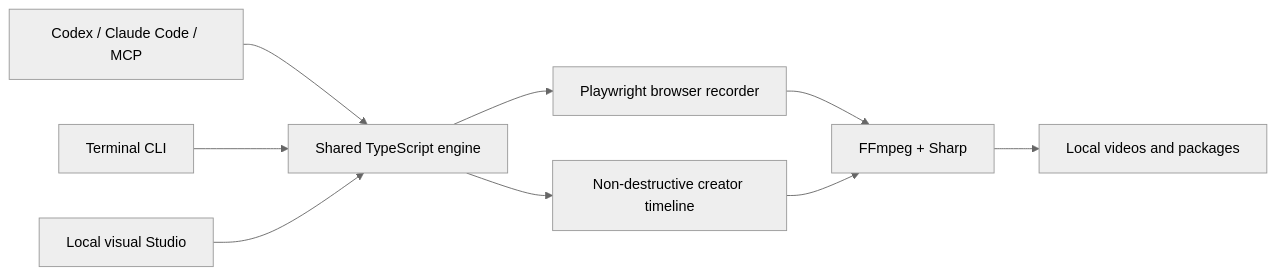
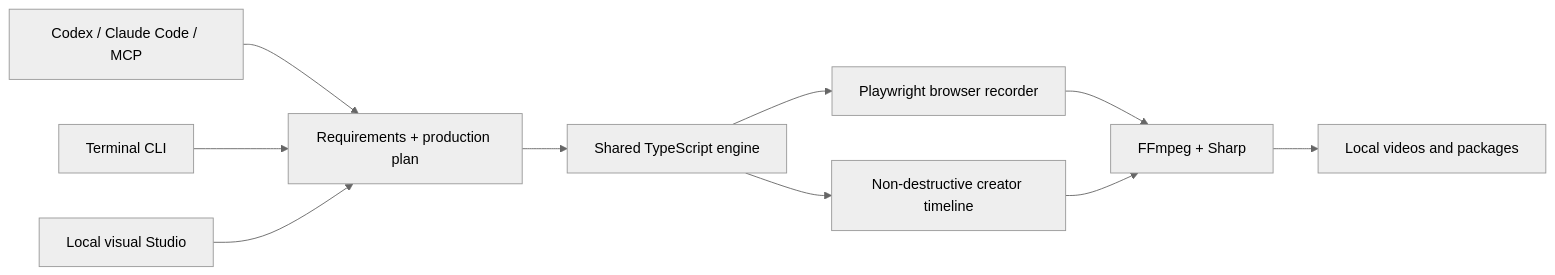
The diagram in README.md (khajaaijaz26/agent-demo-studio), drawn with Mermaid (neutral theme) before and after one commit. The commit also changed other lines of this file and 42 other files, not shown here.

Commit message:
feat: add plan-first prompt video studio

````diff
--- a/README.md
+++ b/README.md
@@ -167,11 +195,12 @@
 ```mermaid
 flowchart LR
-  A[Codex / Claude Code / MCP] --> E[Shared TypeScript engine]
-  C[Terminal CLI] --> E
-  S[Local visual Studio] --> E
+  A[Codex / Claude Code / MCP] --> P[Requirements + production plan]
+  C[Terminal CLI] --> P
+  S[Local visual Studio] --> P
+  P --> E[Shared TypeScript engine]
   E --> R[Playwright browser recorder]
   E --> T[Non-destructive creator timeline]
   R --> F[FFmpeg + Sharp]
   T --> F
   F --> O[Local videos and packages]
 ```
````
